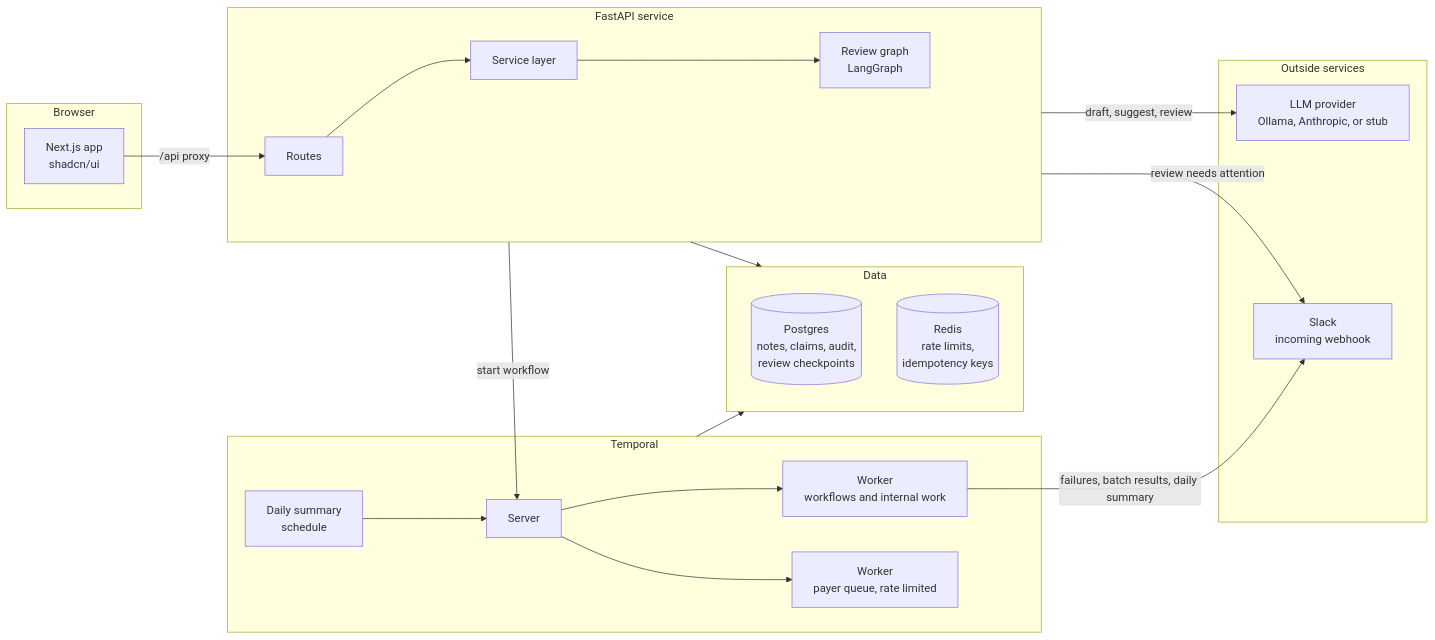
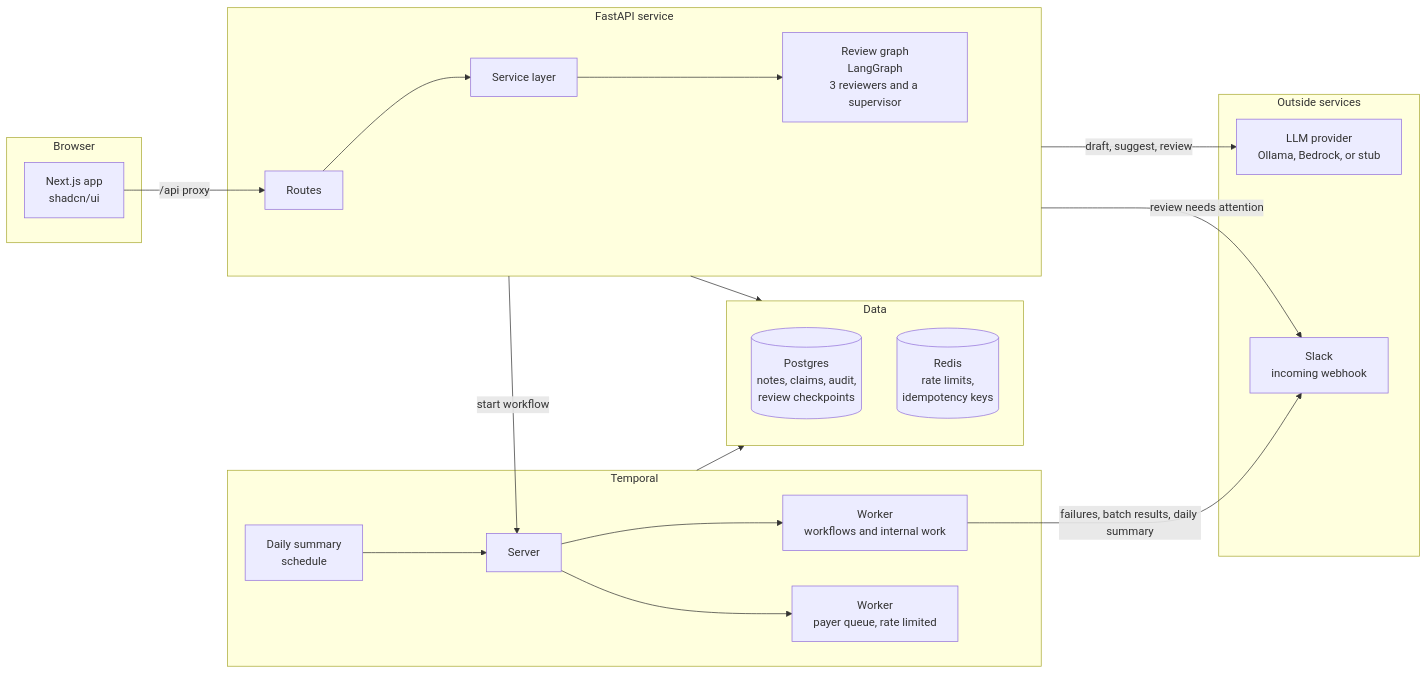
One commit to ckwan/note_loop changed the first of 4 diagrams in README.md. Above: the diagram before and after it, drawn with Mermaid. The commit also changed other lines of this file, not shown here.

````diff
--- a/README.md
+++ b/README.md
@@ -17,31 +52,31 @@
 ```mermaid
 flowchart LR
     subgraph Browser
         UI["Next.js app<br/>shadcn/ui"]
     end
     subgraph API["FastAPI service"]
         R["Routes"] --> S["Service layer"]
-        S --> RG["Review graph<br/>LangGraph"]
+        S --> RG["Review graph<br/>LangGraph<br/>3 reviewers and a supervisor"]
     end
     subgraph Data["Data"]
         DB[("Postgres<br/>notes, claims, audit,<br/>review checkpoints")]
         RD[("Redis<br/>rate limits,<br/>idempotency keys")]
     end
     subgraph Temporal["Temporal"]
         T["Server"]
         SCH["Daily summary<br/>schedule"] --> T
         T --> W1["Worker<br/>workflows and internal work"]
         T --> W2["Worker<br/>payer queue, rate limited"]
     end
     subgraph Outside["Outside services"]
-        LLM["LLM provider<br/>Ollama, Anthropic, or stub"]
+        LLM["LLM provider<br/>Ollama, Bedrock, or stub"]
         SL["Slack<br/>incoming webhook"]
     end
     UI -->|"/api proxy"| R
     API --> Data
     API -->|"start workflow"| T
     API -->|"draft, suggest, review"| LLM
     API -->|"review needs attention"| SL
     Temporal --> Data
     W1 -->|"failures, batch results, daily summary"| SL
 ```
````
